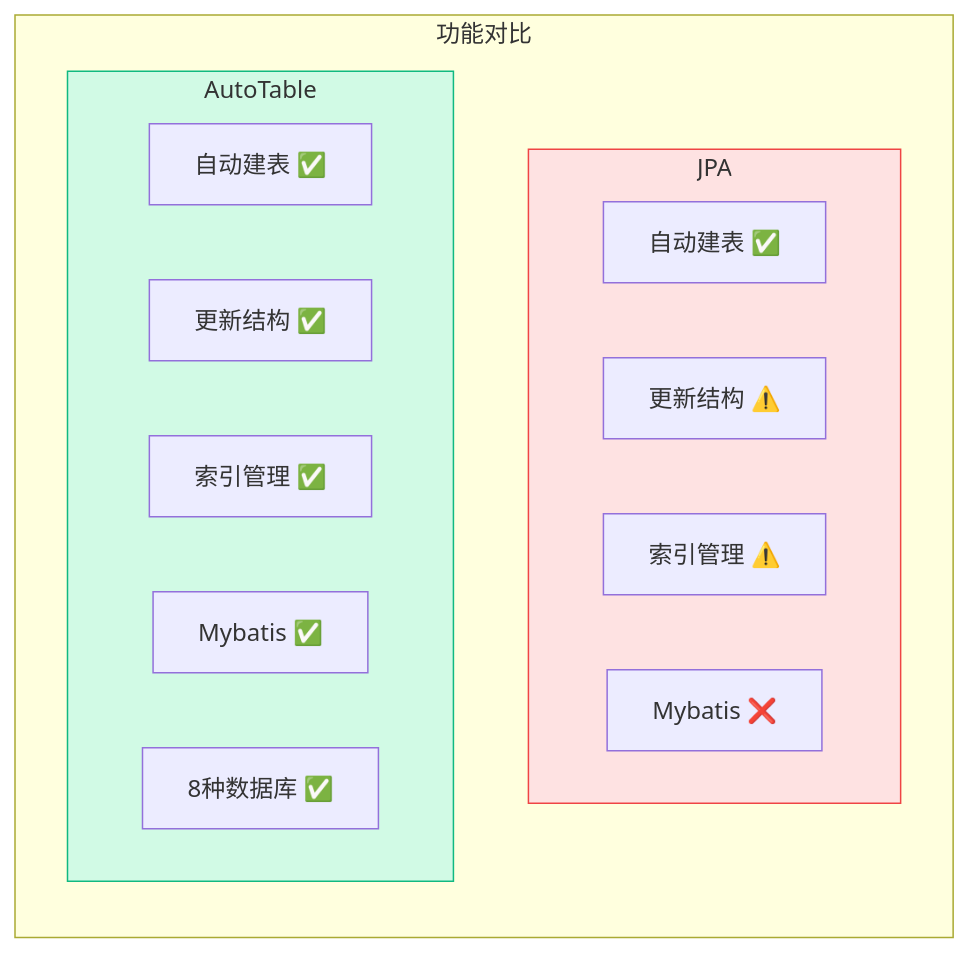
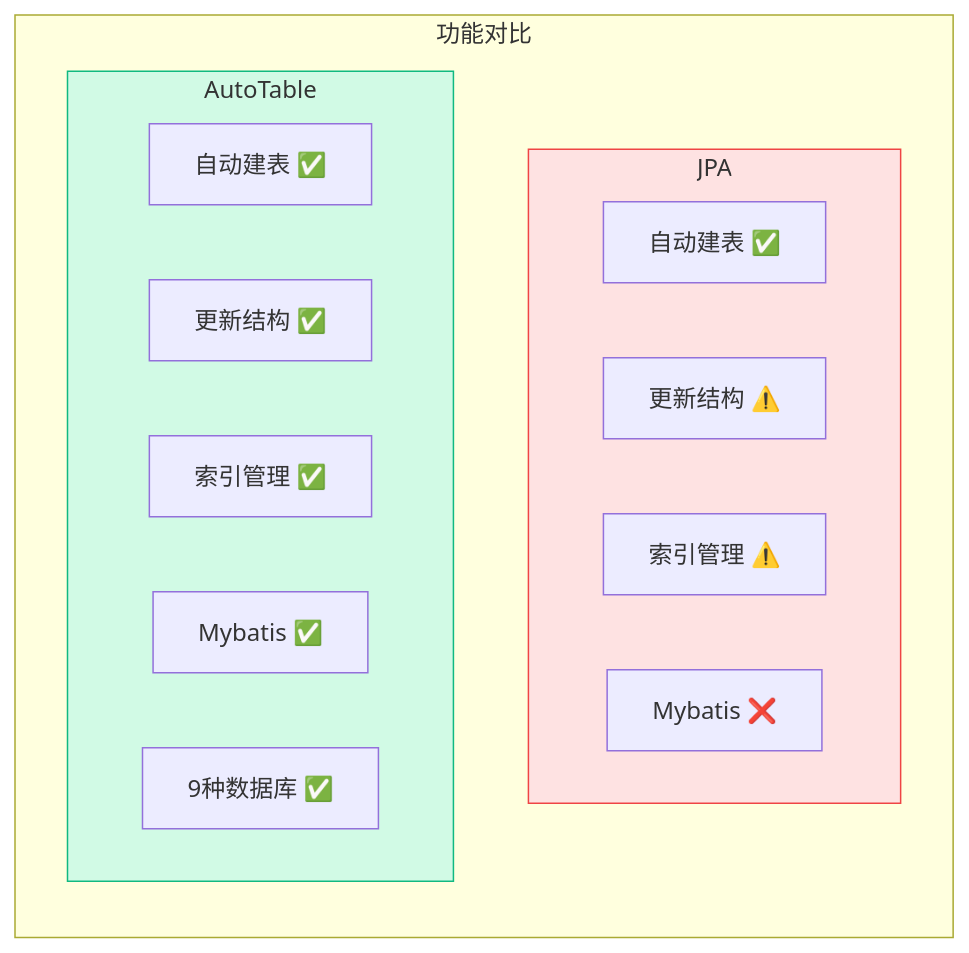
The second of 6 diagrams in auto-table-doc/docs/快速开始/简介.md (dromara/auto-table), drawn with Mermaid before and after one commit. The commit also changed other lines of this file and 19 other files, not shown here.

````diff
--- a/auto-table-doc/docs/快速开始/简介.md
+++ b/auto-table-doc/docs/快速开始/简介.md
@@ -41,24 +41,24 @@
 ```mermaid
 flowchart LR
     subgraph compare["功能对比"]
         direction TB
         
         subgraph jpa["JPA"]
             J1["自动建表 ✅"]
             J2["更新结构 ⚠️"]
             J3["索引管理 ⚠️"]
             J4["Mybatis ❌"]
         end
         
         subgraph autotable["AutoTable"]
             A1["自动建表 ✅"]
             A2["更新结构 ✅"]
             A3["索引管理 ✅"]
             A4["Mybatis ✅"]
-            A5["8种数据库 ✅"]
+            A5["9种数据库 ✅"]
         end
     end
 
     style jpa fill:#fee2e2,stroke:#ef4444
     style autotable fill:#d1fae5,stroke:#10b981
 ```
````
